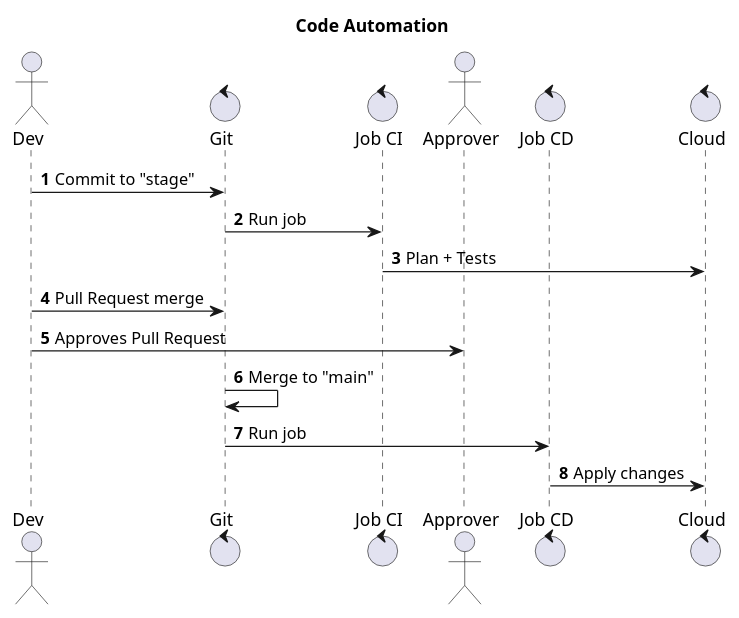
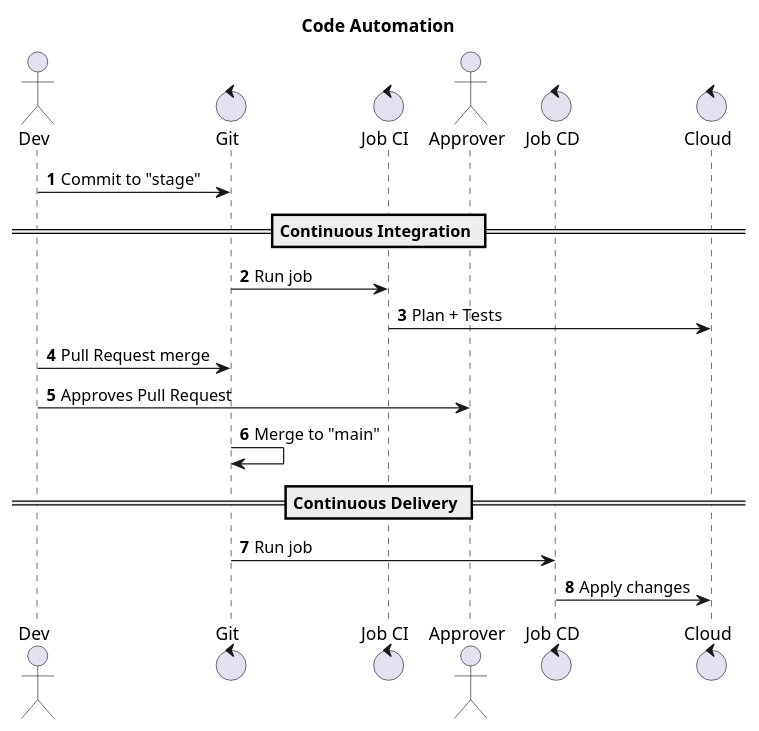
One commit to acnaweb/gitops changed the diagram in docs/src/code-automation.wsd. Above: the diagram before and after it, drawn with PlantUML. The commit also changed 1 other file, not shown here.

```diff
--- a/docs/src/code-automation.wsd
+++ b/docs/src/code-automation.wsd
@@ -1,24 +1,30 @@
 @startuml
 
 autonumber
 skinparam maxMessageSize 200
 
 title Code Automation
 
 actor "Dev" as dev
 control "Git" as git
 control "Job CI" as job_ci
 actor "Approver" as approver
 control "Job CD" as job_cd
 control "Cloud" as cloud
 
 dev -> git : Commit to "stage"
+
+== Continuous Integration ==
+
 git -> job_ci : Run job
 job_ci -> cloud : Plan + Tests
 dev -> git : Pull Request merge
 dev -> approver : Approves Pull Request 
 git -> git : Merge to "main"
+
+== Continuous Delivery ==
+
 git -> job_cd : Run job
 job_cd -> cloud : Apply changes
 
 @end
```
